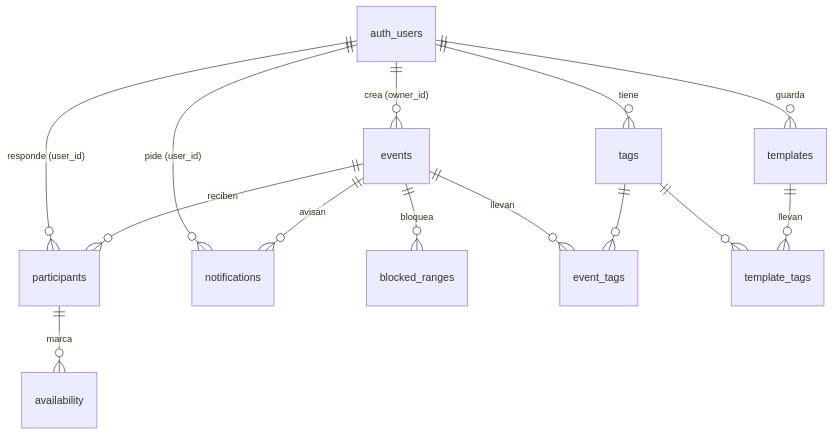
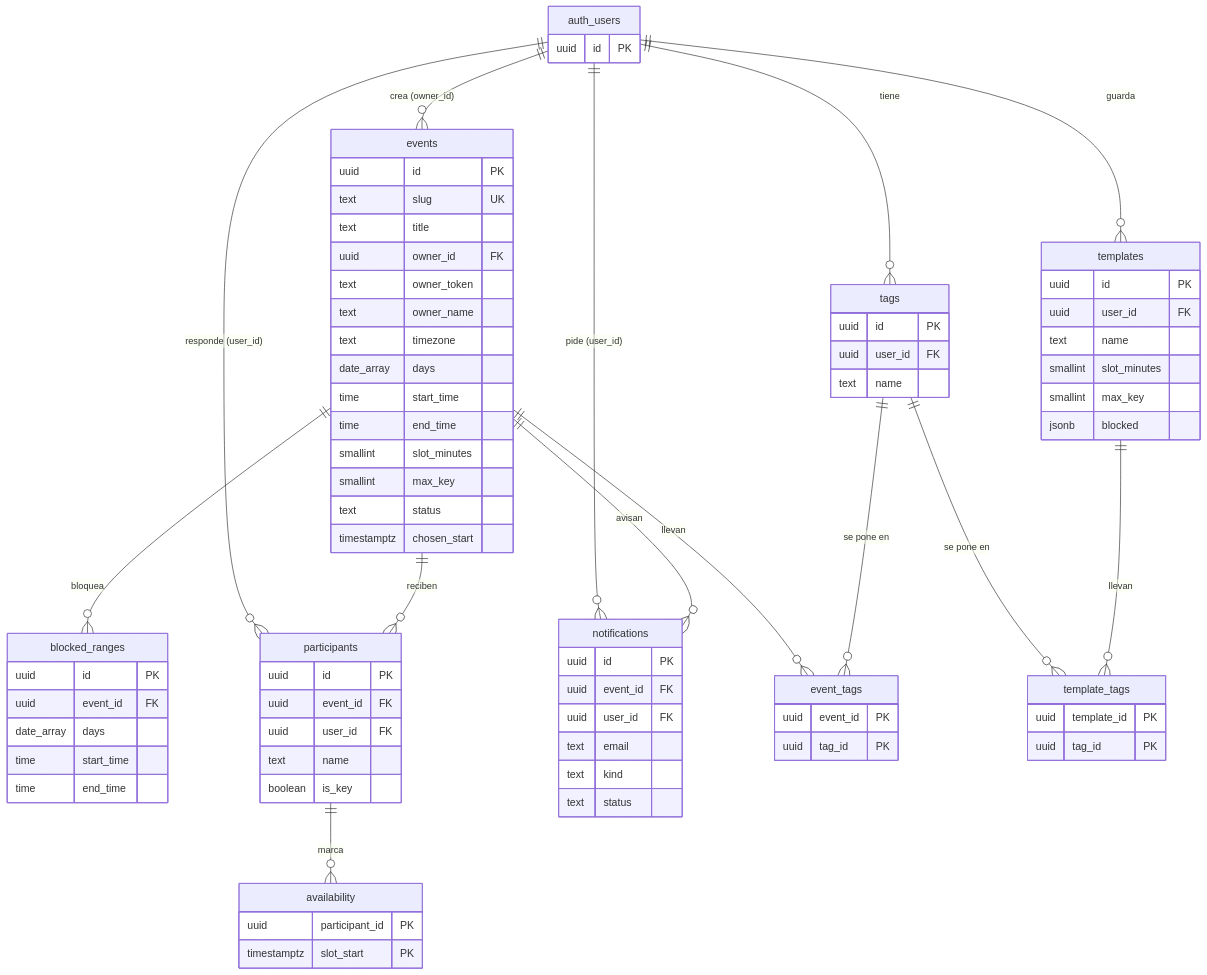
Before and after one commit to Flo-aq/IIC3182-proyecto-2026-2: the diagram in ARQUITECTURA.md, drawn with Mermaid. The commit also changed other lines of this file and 71 other files, not shown here.

````diff
--- a/ARQUITECTURA.md
+++ b/ARQUITECTURA.md
@@ -51,16 +71,82 @@
 ```mermaid
 erDiagram
+  auth_users {
+    uuid id PK
+  }
+  events {
+    uuid id PK
+    text slug UK
+    text title
+    uuid owner_id FK
+    text owner_token
+    text owner_name
+    text timezone
+    date_array days
+    time start_time
+    time end_time
+    smallint slot_minutes
+    smallint max_key
+    text status
+    timestamptz chosen_start
+  }
+  blocked_ranges {
+    uuid id PK
+    uuid event_id FK
+    date_array days
+    time start_time
+    time end_time
+  }
+  participants {
+    uuid id PK
+    uuid event_id FK
+    uuid user_id FK
+    text name
+    boolean is_key
+  }
+  availability {
+    uuid participant_id PK
+    timestamptz slot_start PK
+  }
+  notifications {
+    uuid id PK
+    uuid event_id FK
+    uuid user_id FK
+    text email
+    text kind
+    text status
+  }
+  tags {
+    uuid id PK
+    uuid user_id FK
+    text name
+  }
+  event_tags {
+    uuid event_id PK
+    uuid tag_id PK
+  }
+  templates {
+    uuid id PK
+    uuid user_id FK
+    text name
+    smallint slot_minutes
+    smallint max_key
+    jsonb blocked
+  }
+  template_tags {
+    uuid template_id PK
+    uuid tag_id PK
+  }
   auth_users ||--o{ events : "crea (owner_id)"
   auth_users ||--o{ participants : "responde (user_id)"
+  auth_users ||--o{ notifications : "pide (user_id)"
   auth_users ||--o{ tags : "tiene"
   auth_users ||--o{ templates : "guarda"
-  auth_users ||--o{ notifications : "pide (user_id)"
   events ||--o{ blocked_ranges : "bloquea"
   events ||--o{ participants : "reciben"
   events ||--o{ notifications : "avisan"
   events ||--o{ event_tags : "llevan"
   participants ||--o{ availability : "marca"
-  tags ||--o{ event_tags : ""
-  tags ||--o{ template_tags : ""
+  tags ||--o{ event_tags : "se pone en"
+  tags ||--o{ template_tags : "se pone en"
   templates ||--o{ template_tags : "llevan"
 ```
````
